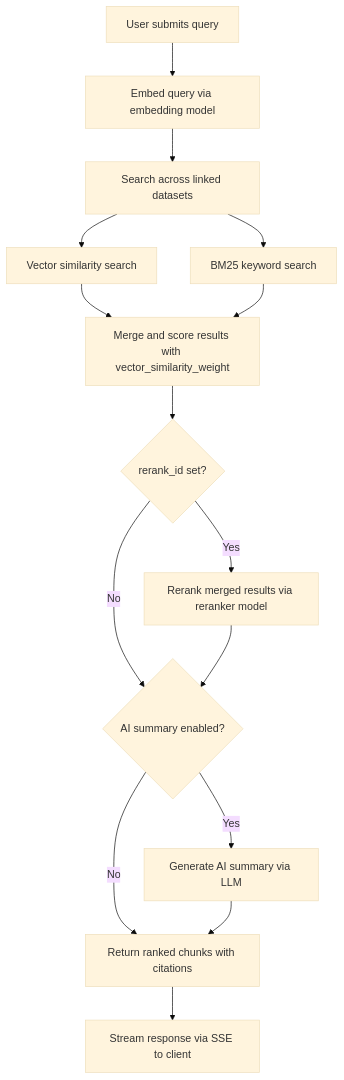
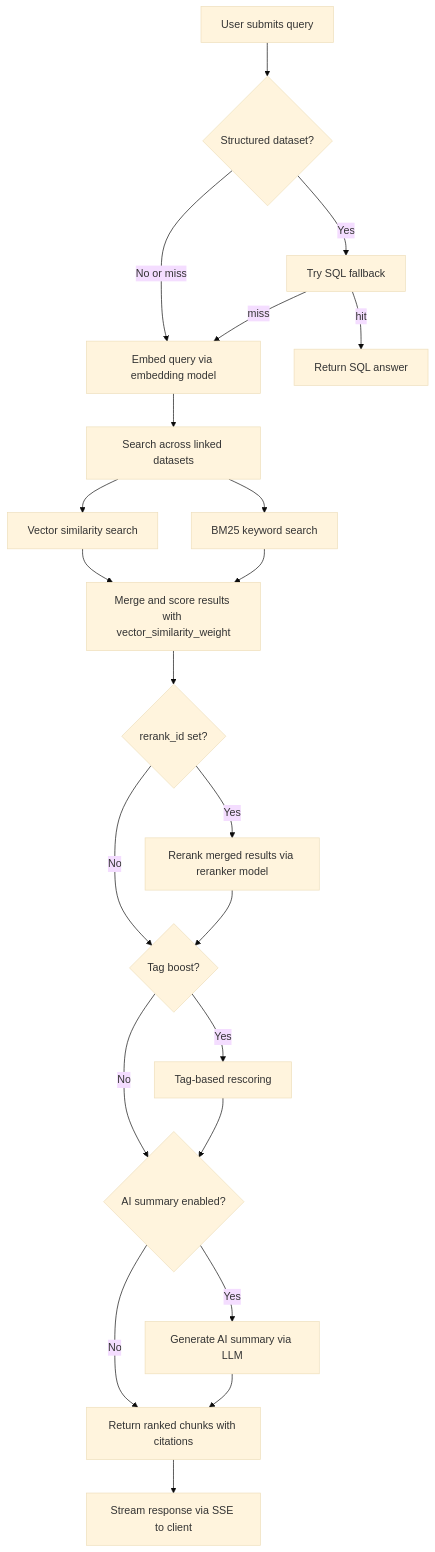
One commit to b-knowledge-solution/b-knowledge changed the second of 2 diagrams in docs/srs/ai-features/fr-ai-search.md. Above: the diagram before and after it, drawn with Mermaid (base theme). The commit also changed other lines of this file and 83 other files, not shown here.

````diff
--- a/docs/srs/ai-features/fr-ai-search.md
+++ b/docs/srs/ai-features/fr-ai-search.md
@@ -67,17 +72,24 @@
 ```mermaid
 flowchart TD
-    A[User submits query] --> B[Embed query via embedding model]
+    A[User submits query] --> SQL{Structured dataset?}
+    SQL -->|Yes| SQLTRY[Try SQL fallback]
+    SQL -->|No or miss| B[Embed query via embedding model]
+    SQLTRY -->|hit| DONE[Return SQL answer]
+    SQLTRY -->|miss| B
     B --> C[Search across linked datasets]
     C --> D1[Vector similarity search]
     C --> D2[BM25 keyword search]
     D1 --> E[Merge and score results with vector_similarity_weight]
     D2 --> E
     E --> F{rerank_id set?}
     F -- Yes --> G[Rerank merged results via reranker model]
-    F -- No --> H{AI summary enabled?}
-    G --> H
+    F -- No --> TAG{Tag boost?}
+    G --> TAG
+    TAG -->|Yes| T[Tag-based rescoring]
+    TAG -->|No| H{AI summary enabled?}
+    T --> H
     H -- Yes --> I[Generate AI summary via LLM]
     H -- No --> J[Return ranked chunks with citations]
     I --> J
     J --> K[Stream response via SSE to client]
 ```
````
